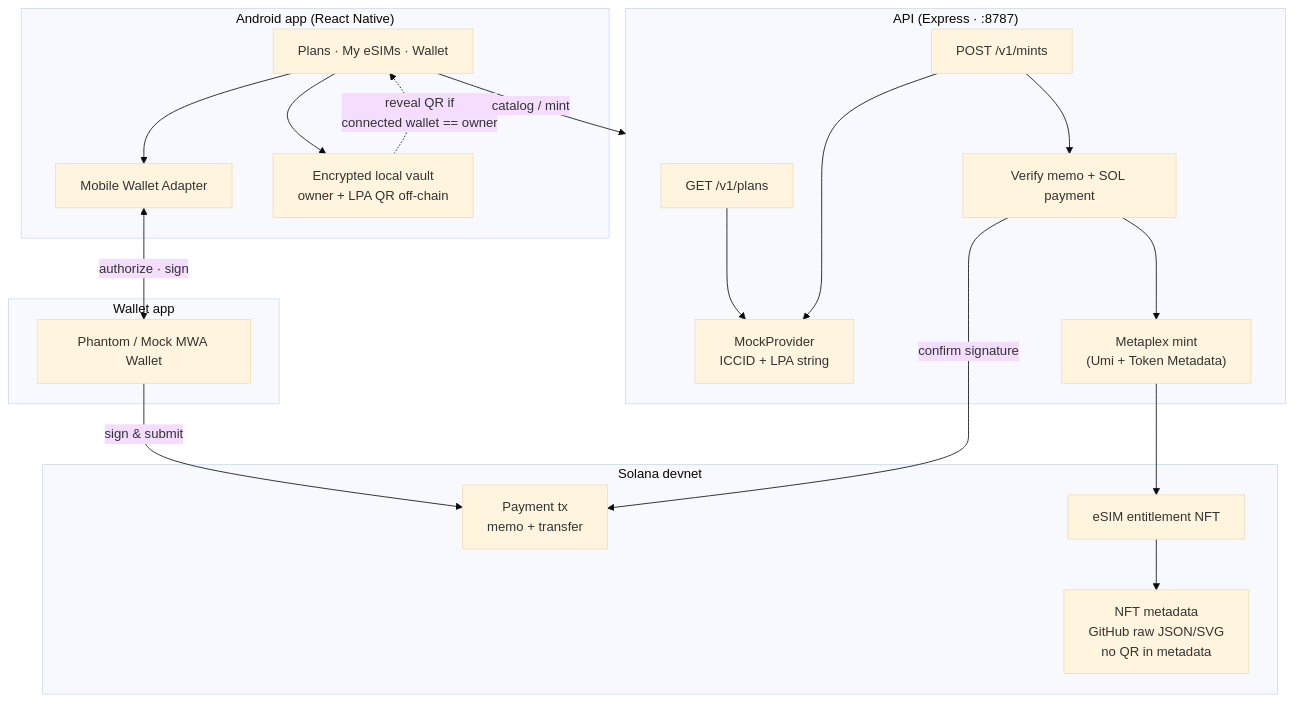
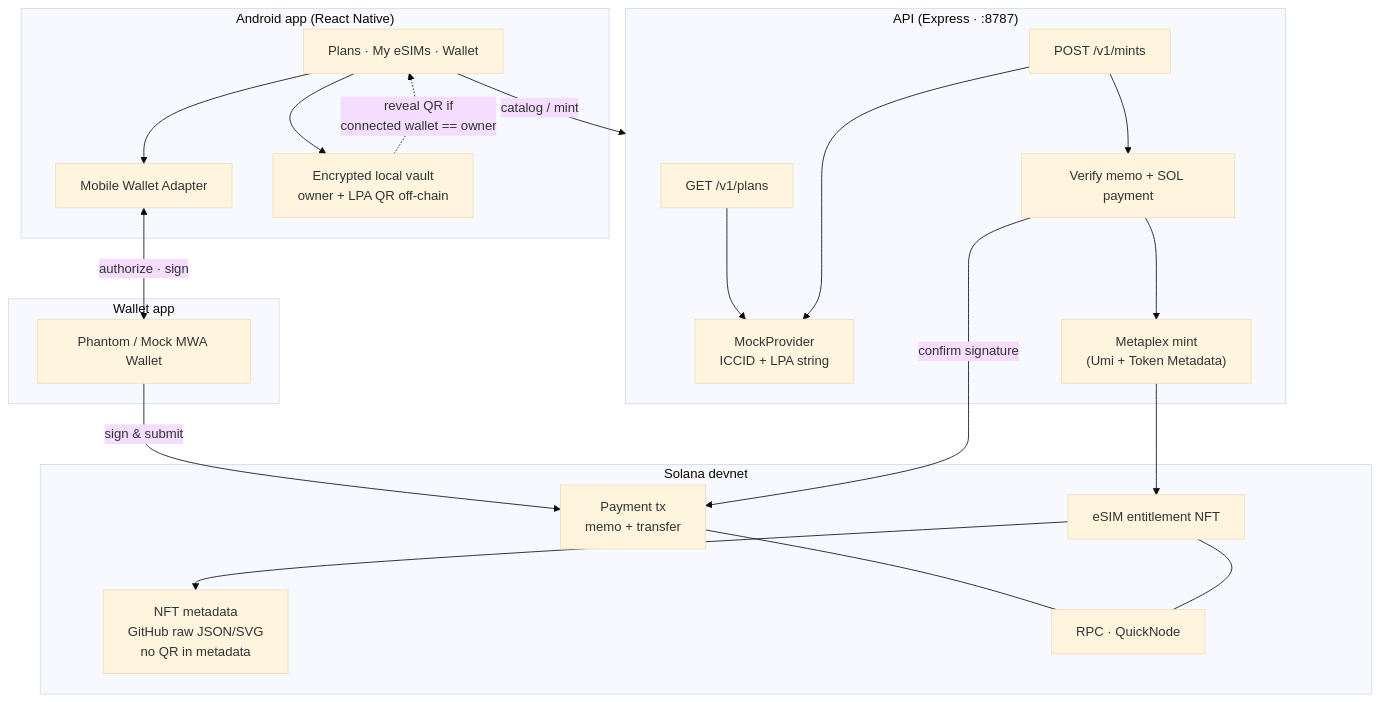
The diagram in README.md (botmechanic/solsim), drawn with Mermaid (base theme) before and after one commit. The commit also changed other lines of this file and 9 other files, not shown here.

First line of the commit message:
Prefer QuickNode for Solana RPC and surface the sponsor credit.

````diff
--- a/README.md
+++ b/README.md
@@ -9,39 +11,42 @@
 ```mermaid
 flowchart TB
   subgraph client ["Android app (React Native)"]
     UI["Plans · My eSIMs · Wallet"]
     MWA["Mobile Wallet Adapter"]
     Vault["Encrypted local vault<br/>owner + LPA QR off-chain"]
     UI --> MWA
     UI --> Vault
   end
 
   subgraph wallet ["Wallet app"]
     Phantom["Phantom / Mock MWA Wallet"]
   end
 
   subgraph api ["API (Express · :8787)"]
     Plans["GET /v1/plans"]
     Mints["POST /v1/mints"]
     Mock["MockProvider<br/>ICCID + LPA string"]
     Verify["Verify memo + SOL payment"]
     MintSvc["Metaplex mint<br/>(Umi + Token Metadata)"]
     Plans --> Mock
     Mints --> Verify --> MintSvc
     Mints --> Mock
   end
 
   subgraph chain ["Solana devnet"]
     Tx["Payment tx<br/>memo + transfer"]
     NFT["eSIM entitlement NFT"]
     Meta["NFT metadata<br/>GitHub raw JSON/SVG<br/>no QR in metadata"]
+    Rpc["RPC · QuickNode"]
+    Tx --- Rpc
+    NFT --- Rpc
   end
 
   UI -->|"catalog / mint"| api
   MWA <-->|"authorize · sign"| Phantom
   Phantom -->|"sign & submit"| Tx
   Verify -->|"confirm signature"| Tx
   MintSvc --> NFT
   NFT --> Meta
   Vault -.->|"reveal QR if<br/>connected wallet == owner"| UI
 ```
````
